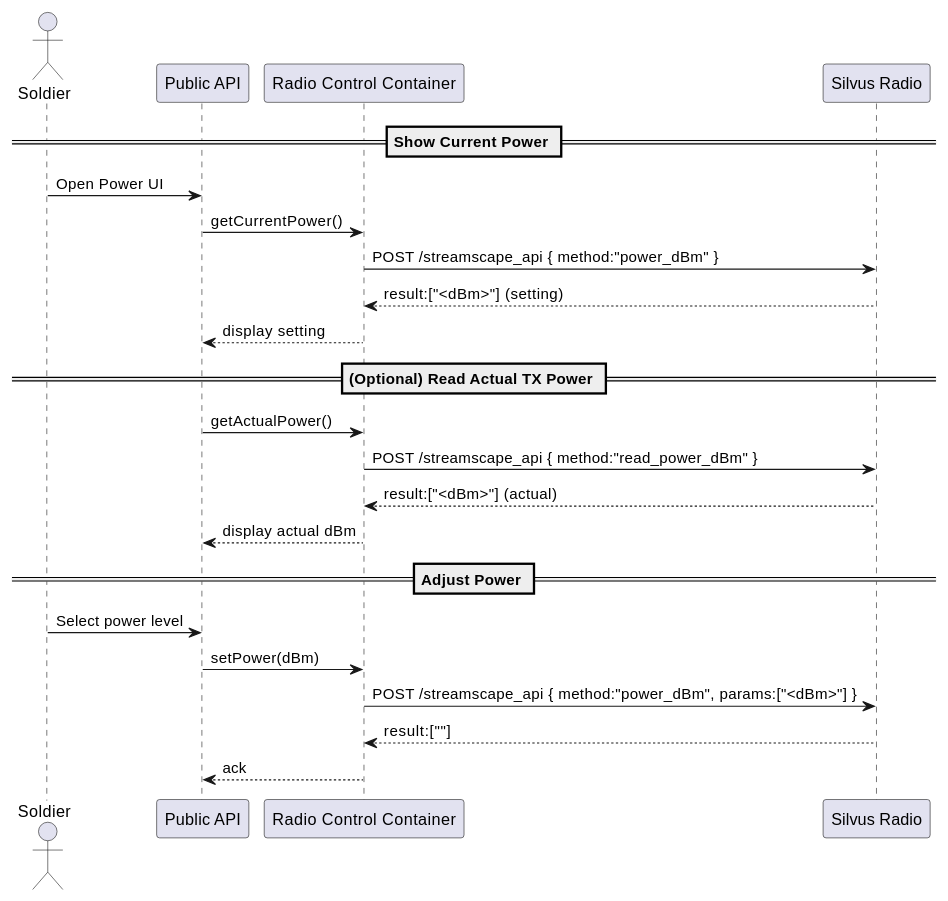
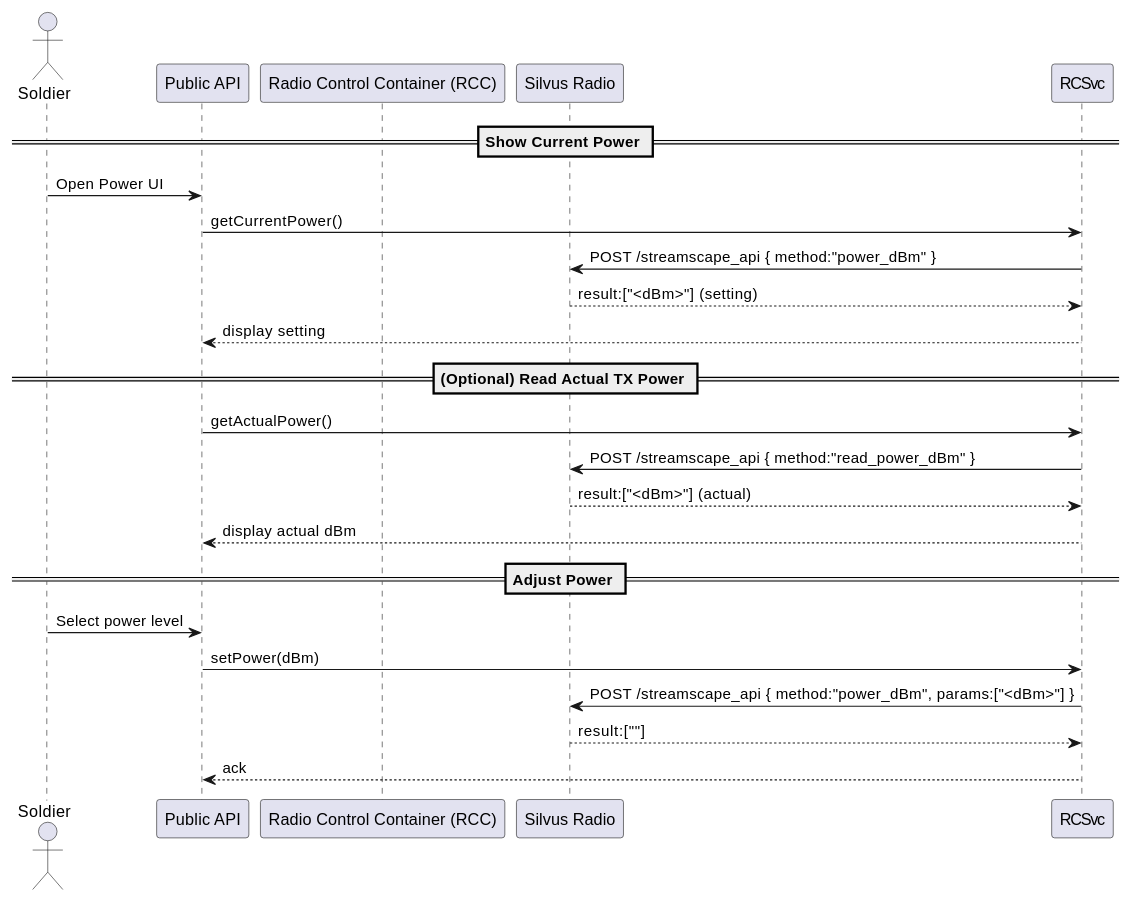
One commit to CarlosSprekelsen/CameraRecorder changed the fourth of 5 diagrams in RadioControlContainer/docs/icd_tnn_↔_radio_logical_ieee_style_template_editable.md. Above: the diagram before and after it, drawn with PlantUML. The commit also changed other lines of this file and 3 other files, not shown here.

````diff
--- a/RadioControlContainer/docs/icd_tnn_↔_radio_logical_ieee_style_template_editable.md
+++ b/RadioControlContainer/docs/icd_tnn_↔_radio_logical_ieee_style_template_editable.md
@@ -802,28 +843,28 @@
 ```plantuml
 @startuml
 actor Soldier as User
 participant "Public API" as PublicAPI
-participant "Radio Control Container" as RCSvc
+participant "Radio Control Container (RCC)" as RCC
 participant "Silvus Radio" as Radio
 
 == Show Current Power ==
 User -> PublicAPI : Open Power UI
 PublicAPI -> RCSvc : getCurrentPower()
 RCSvc -> Radio : POST /streamscape_api { method:"power_dBm" }
 Radio --> RCSvc : result:["<dBm>"] (setting)
 RCSvc --> PublicAPI : display setting
 
 == (Optional) Read Actual TX Power ==
 PublicAPI -> RCSvc : getActualPower()
 RCSvc -> Radio : POST /streamscape_api { method:"read_power_dBm" }
 Radio --> RCSvc : result:["<dBm>"] (actual)
 RCSvc --> PublicAPI : display actual dBm
 
 == Adjust Power ==
 User -> PublicAPI : Select power level
 PublicAPI -> RCSvc : setPower(dBm)
 RCSvc -> Radio : POST /streamscape_api { method:"power_dBm", params:["<dBm>"] }
 Radio --> RCSvc : result:[""]
 RCSvc --> PublicAPI : ack
 @enduml
 ```
````
